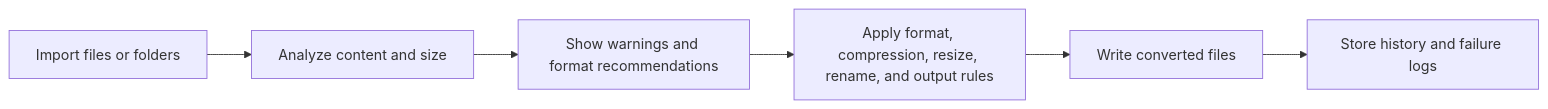
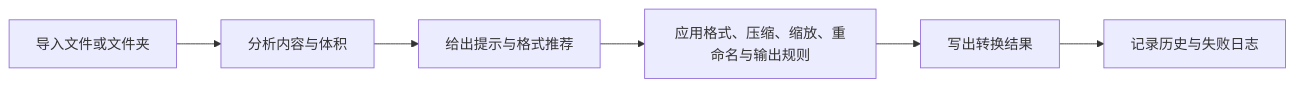
One commit to LPHYSQS/Imvix changed the diagram in README.md. Above: the diagram before and after it, drawn with Mermaid. The commit also changed other lines of this file and 1 other file, not shown here.

````diff
--- a/README.md
+++ b/README.md
@@ -52,8 +52,8 @@
 ```mermaid
 flowchart LR
-    A["Import files or folders"] --> B["Analyze content and size"]
-    B --> C["Show warnings and format recommendations"]
-    C --> D["Apply format, compression, resize, rename, and output rules"]
-    D --> E["Write converted files"]
-    E --> F["Store history and failure logs"]
+    A["导入文件或文件夹"] --> B["分析内容与体积"]
+    B --> C["给出提示与格式推荐"]
+    C --> D["应用格式、压缩、缩放、重命名与输出规则"]
+    D --> E["写出转换结果"]
+    E --> F["记录历史与失败日志"]
 ```
````
